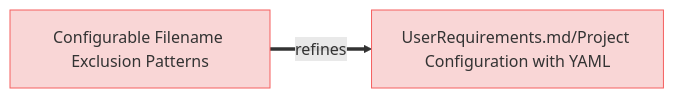
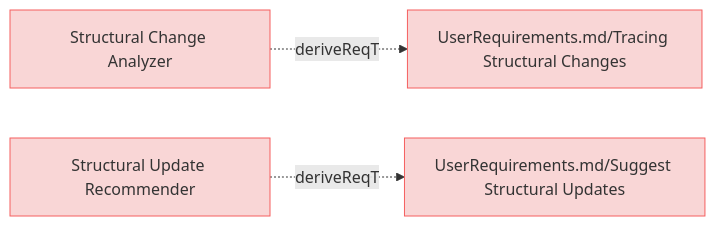
Before and after one commit to reqvire-org/reqvire: the ninth of 9 diagrams in specifications/SystemRequirements/Requirements.md, drawn with Mermaid. The commit also changed other lines of this file and 12 other files, not shown here.

````diff
--- a/specifications/SystemRequirements/Requirements.md
+++ b/specifications/SystemRequirements/Requirements.md
@@ -645,18 +1273,25 @@
 ```mermaid
 graph LR;
   %% Graph styling
   classDef requirement fill:#f9d6d6,stroke:#f55f5f,stroke-width:1px;
   classDef satisfies fill:#fff2cc,stroke:#ffcc00,stroke-width:1px;
   classDef verification fill:#d6f9d6,stroke:#5fd75f,stroke-width:1px;
   classDef externalLink fill:#d0e0ff,stroke:#3080ff,stroke-width:1px;
   classDef paragraph fill:#efefef,stroke:#999999,stroke-width:1px;
   classDef default fill:#f5f5f5,stroke:#333333,stroke-width:1px;
 
-    Configurable_Filename_Exclusion_Patterns["Configurable Filename Exclusion Patterns"];
-    click Configurable_Filename_Exclusion_Patterns "SystemRequirements/Requirements.md#configurable-filename-exclusion-patterns";
-    class Configurable_Filename_Exclusion_Patterns requirement;
-    Configurable_Filename_Exclusion_Patterns ==>|refines| _UserRequirements_md_Project_Configuration_with_YAML_____UserRequirements_md_project_configuration_with_yaml_;
-    _UserRequirements_md_Project_Configuration_with_YAML_____UserRequirements_md_project_configuration_with_yaml_["UserRequirements.md/Project Configuration with YAML"];
-    click _UserRequirements_md_Project_Configuration_with_YAML_____UserRequirements_md_project_configuration_with_yaml_ "../UserRequirements.md#project-configuration-with-yaml";
-    class _UserRequirements_md_Project_Configuration_with_YAML_____UserRequirements_md_project_configuration_with_yaml_ requirement;
+    Structural_Change_Analyzer["Structural Change Analyzer"];
+    click Structural_Change_Analyzer "SystemRequirements/Requirements.md#structural-change-analyzer";
+    class Structural_Change_Analyzer requirement;
+    Structural_Change_Analyzer -.->|deriveReqT| _UserRequirements_md_Tracing_Structural_Changes_____UserRequirements_md_tracing_structural_changes_;
+    _UserRequirements_md_Tracing_Structural_Changes_____UserRequirements_md_tracing_structural_changes_["UserRequirements.md/Tracing Structural Changes"];
+    click _UserRequirements_md_Tracing_Structural_Changes_____UserRequirements_md_tracing_structural_changes_ "../UserRequirements.md#tracing-structural-changes";
+    class _UserRequirements_md_Tracing_Structural_Changes_____UserRequirements_md_tracing_structural_changes_ requirement;
+    Structural_Update_Recommender["Structural Update Recommender"];
+    click Structural_Update_Recommender "SystemRequirements/Requirements.md#structural-update-recommender";
+    class Structural_Update_Recommender requirement;
+    Structural_Update_Recommender -.->|deriveReqT| _UserRequirements_md_Suggest_Structural_Updates_____UserRequirements_md_suggest_structural_updates_;
+    _UserRequirements_md_Suggest_Structural_Updates_____UserRequirements_md_suggest_structural_updates_["UserRequirements.md/Suggest Structural Updates"];
+    click _UserRequirements_md_Suggest_Structural_Updates_____UserRequirements_md_suggest_structural_updates_ "../UserRequirements.md#suggest-structural-updates";
+    class _UserRequirements_md_Suggest_Structural_Updates_____UserRequirements_md_suggest_structural_updates_ requirement;
 ```
````
